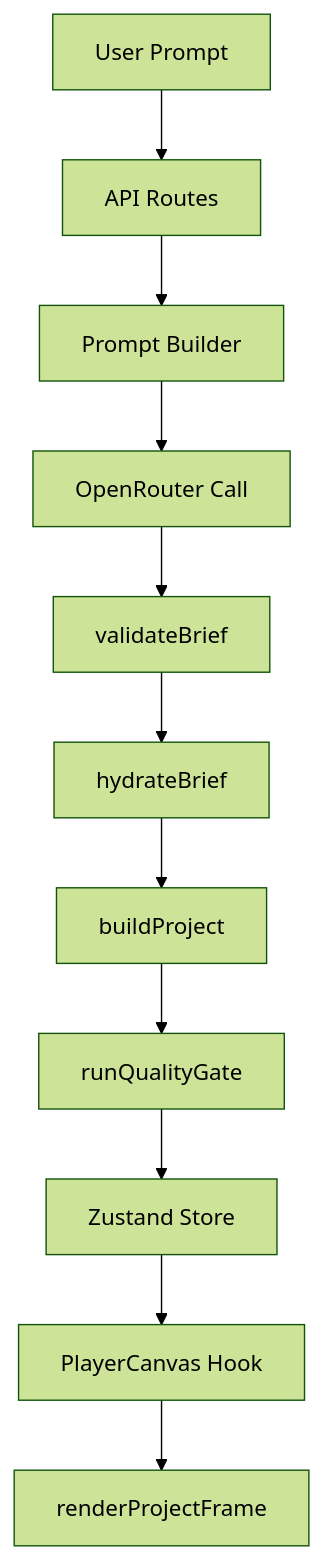
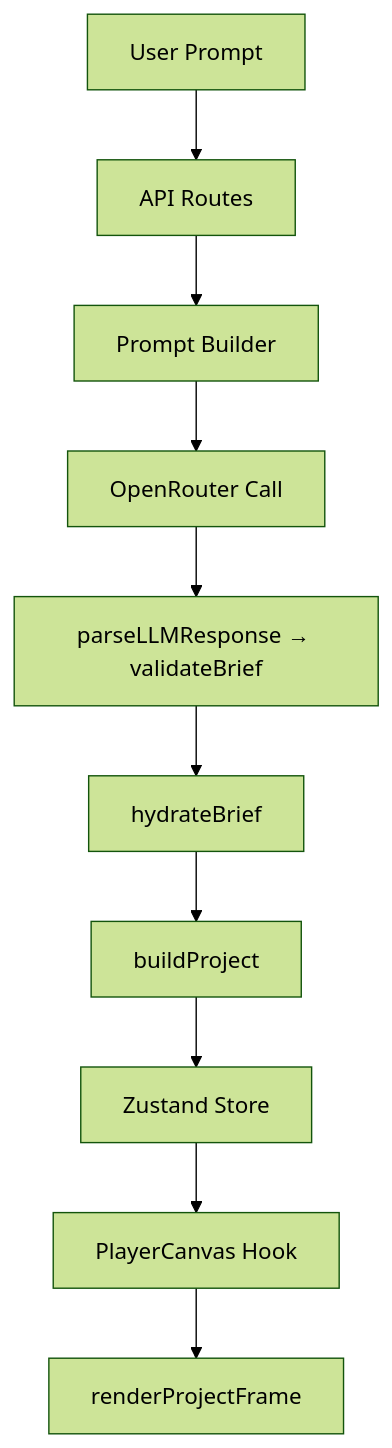
The diagram in docs/architecture.md (kirank55/videogpt), drawn with Mermaid (forest theme) before and after one commit. The commit also changed other lines of this file and 21 other files, not shown here.

````diff
--- a/docs/architecture.md
+++ b/docs/architecture.md
@@ -11,13 +11,12 @@
 ```mermaid
 graph TD
     UserPrompt["User Prompt"] --> API["API Routes"]
     API --> Prompts["Prompt Builder"]
     Prompts --> OpenRouter["OpenRouter Call"]
-    OpenRouter --> ValidateBrief["validateBrief"]
+    OpenRouter --> ValidateBrief["parseLLMResponse → validateBrief"]
     ValidateBrief --> HydrateBrief["hydrateBrief"]
     HydrateBrief --> ExpandBrief["buildProject"]
-    ExpandBrief --> QualityGate["runQualityGate"]
-    QualityGate --> StateStore["Zustand Store"]
+    ExpandBrief --> StateStore["Zustand Store"]
     StateStore --> ReactView["PlayerCanvas Hook"]
     ReactView --> RenderLoop["renderProjectFrame"]
 ```
````
